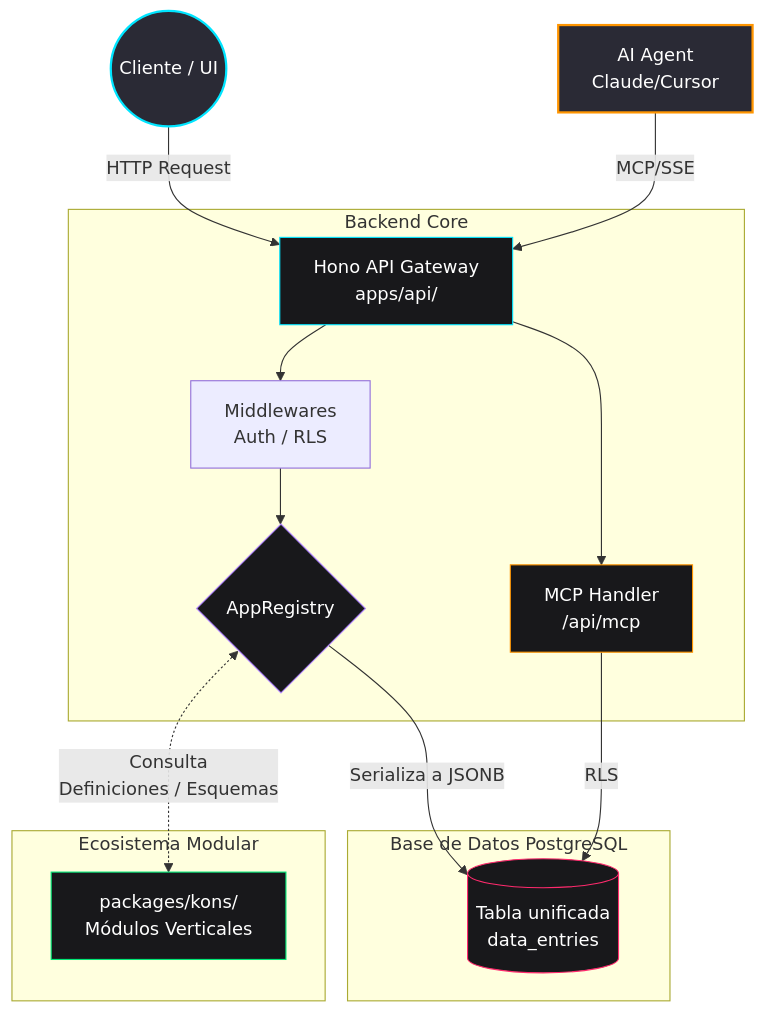
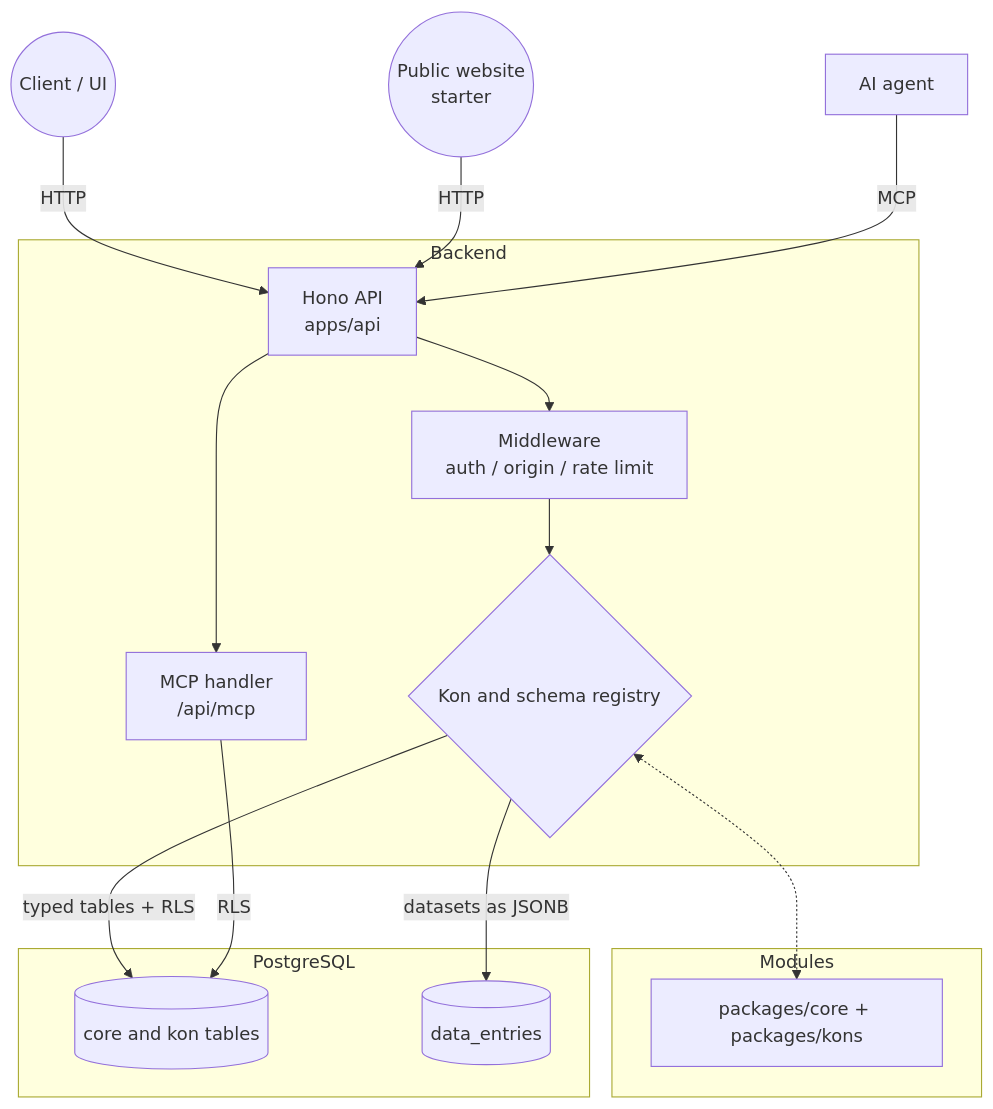
Before and after one commit to Victor-Antinori-Broce/Pylon: the diagram in ARCHITECTURE.md, drawn with Mermaid. The commit also changed other lines of this file and 1359 other files, not shown here.

````diff
--- a/ARCHITECTURE.md
+++ b/ARCHITECTURE.md
@@ -117,33 +103,22 @@
 ```mermaid
 flowchart TD
-    Client((Cliente / UI)) -->|HTTP Request| Hono[Hono API Gateway
- apps/api/]
-    AI[AI Agent<br/>Claude/Cursor] -->|MCP/SSE| Hono
+    Client((Client / UI)) -->|HTTP| Hono[Hono API<br/>apps/api]
+    Site((Public website<br/>starter)) -->|HTTP| Hono
+    AI[AI agent] -->|MCP| Hono
 
-    subgraph Backend Core
-        Hono --> Mid[Middlewares
- Auth / RLS]
-        Mid --> Reg{AppRegistry}
-        Hono --> MCP[MCP Handler<br/>/api/mcp]
+    subgraph Backend
+        Hono --> Mid[Middleware<br/>auth / origin / rate limit]
+        Mid --> Reg{Kon and schema registry}
+        Hono --> MCP[MCP handler<br/>/api/mcp]
     end
 
-    subgraph Ecosistema Modular
-        Reg <-.->|Consulta
- Definiciones / Esquemas| Vert[packages/kons/<br/>Módulos Verticales]
+    subgraph Modules
+        Reg <-.-> Kons[packages/core + packages/kons]
     end
 
-    subgraph Base de Datos PostgreSQL
-        Reg -->|Serializa a JSONB| DB[(Tabla unificada
- data_entries)]
+    subgraph PostgreSQL
+        Reg -->|typed tables + RLS| DB[(core and kon tables)]
+        Reg -->|datasets as JSONB| DE[(data_entries)]
         MCP -->|RLS| DB
     end
-
-    %% Estilos de los nodos
-    style Client fill:#2a2a35,stroke:#00e5ff,stroke-width:2px,color:#fff
-    style AI fill:#2a2a35,stroke:#ff9500,stroke-width:2px,color:#fff
-    style Hono fill:#18181b,stroke:#00e5ff,color:#fff
-    style MCP fill:#18181b,stroke:#ff9500,color:#fff
-    style Reg fill:#18181b,stroke:#b388ff,color:#fff
-    style DB fill:#18181b,stroke:#ff2a6d,color:#fff
-    style Vert fill:#18181b,stroke:#00e676,color:#fff
 ```
````
